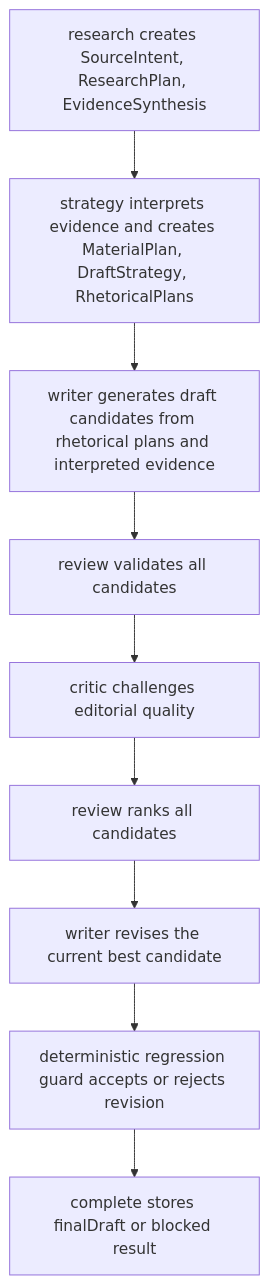
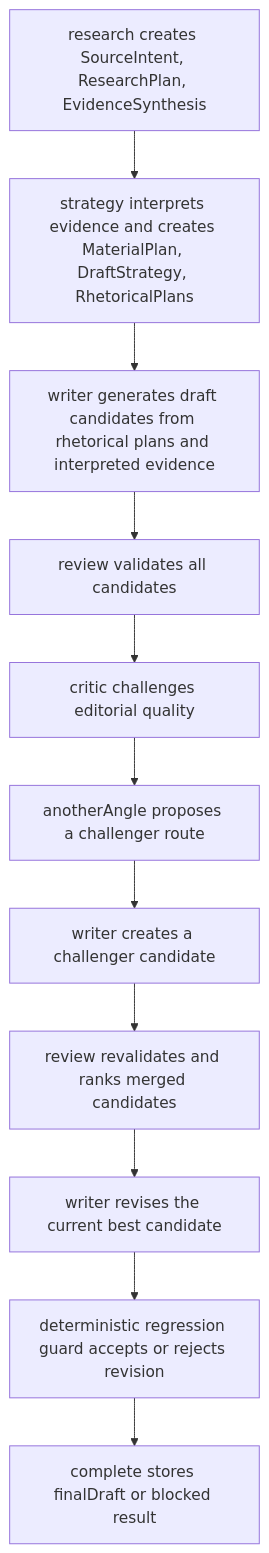
One commit to mudrezzz/glavred changed the third of 4 diagrams in docs/architecture/DRAFT_RUN_PIPELINE_AS_IS.md. Above: the diagram before and after it, drawn with Mermaid. The commit also changed other lines of this file and 24 other files, not shown here.

````diff
--- a/docs/architecture/DRAFT_RUN_PIPELINE_AS_IS.md
+++ b/docs/architecture/DRAFT_RUN_PIPELINE_AS_IS.md
@@ -589,11 +600,13 @@
 ```mermaid
 flowchart TD
   A[research creates SourceIntent, ResearchPlan, EvidenceSynthesis] --> B[strategy interprets evidence and creates MaterialPlan, DraftStrategy, RhetoricalPlans]
   B --> C[writer generates draft candidates from rhetorical plans and interpreted evidence]
   C --> D[review validates all candidates]
   D --> E[critic challenges editorial quality]
-  E --> F[review ranks all candidates]
-  F --> G[writer revises the current best candidate]
-  G --> H[deterministic regression guard accepts or rejects revision]
-  H --> I[complete stores finalDraft or blocked result]
+  E --> F[anotherAngle proposes a challenger route]
+  F --> G[writer creates a challenger candidate]
+  G --> H[review revalidates and ranks merged candidates]
+  H --> I[writer revises the current best candidate]
+  I --> J[deterministic regression guard accepts or rejects revision]
+  J --> K[complete stores finalDraft or blocked result]
 ```
````
